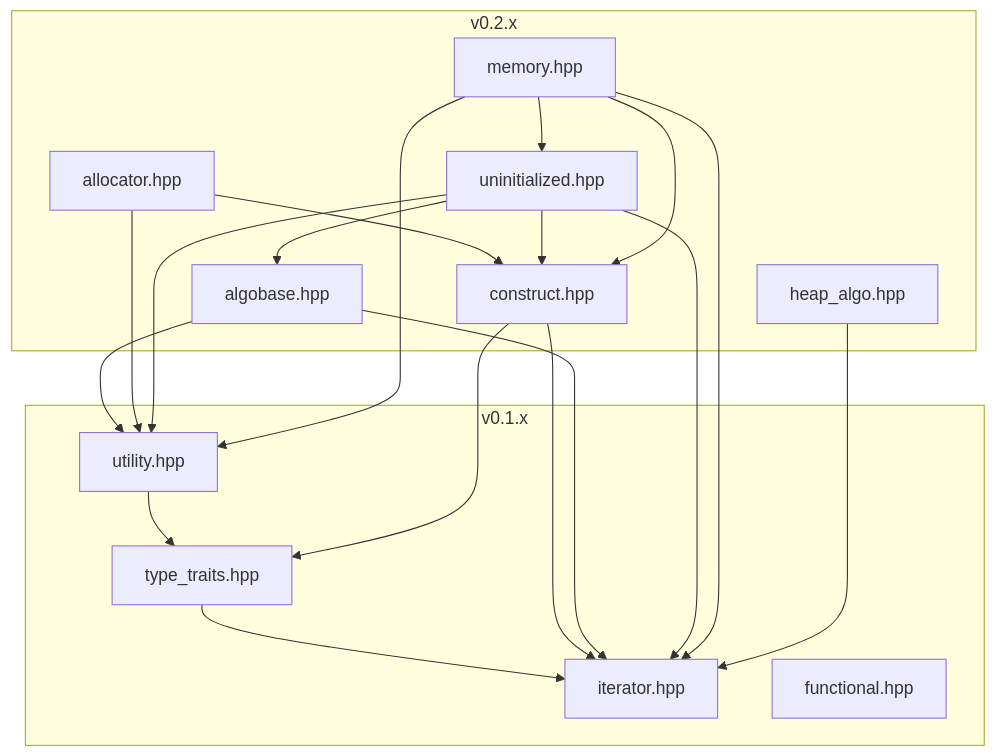
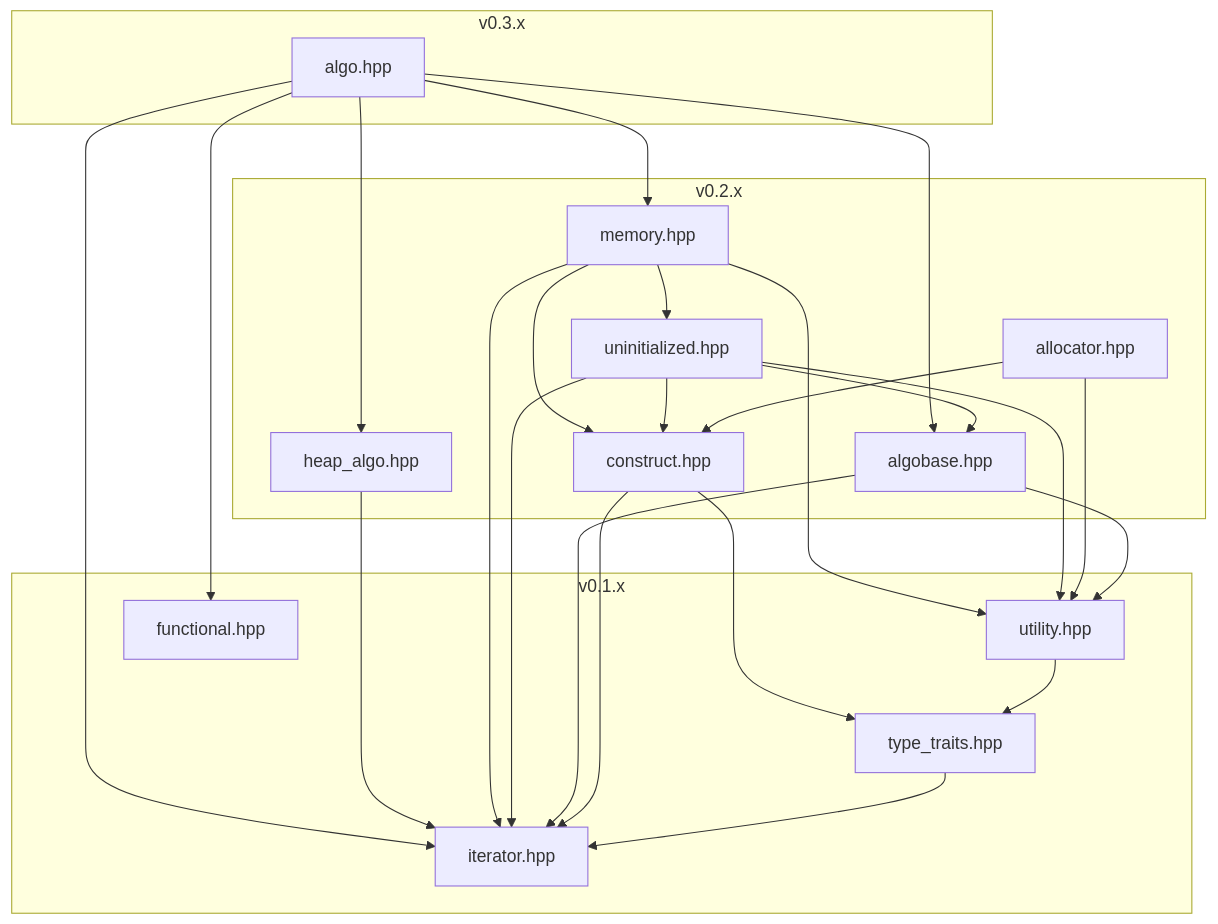
Before and after one commit to LiuYuan-SHU/tiny_stl: the first of 11 diagrams in README.md, drawn with Mermaid. The commit also changed 1 other file, not shown here.

Commit message:
algo.hpp: version finished

````diff
--- a/README.md
+++ b/README.md
@@ -9,28 +9,33 @@
 ```mermaid
 flowchart TD
 
 subgraph v0.1.x
   iterator[iterator.hpp]
   type_traits[type_traits.hpp]
   utility[utility.hpp]
   functional[functional.hpp]
 end
 
 subgraph v0.2.x
   construct[construct.hpp]
   algobase[algobase.hpp]
   allocator[allocator.hpp]
   uninitialized[uninitialized.hpp]
   memory[memory.hpp]
   heap_algo[heap_algo.hpp]
 end
 
+subgraph v0.3.x
+  algo[algo.hpp]
+end
+
 type_traits --> iterator
 utility --> type_traits
 construct --> iterator & type_traits
 algobase --> utility & iterator
 allocator --> construct & utility
 uninitialized --> algobase & construct & iterator & utility
 memory --> construct & iterator & uninitialized & utility
 heap_algo --> iterator
+algo --> algobase & functional & heap_algo & iterator & memory
 ```
````
